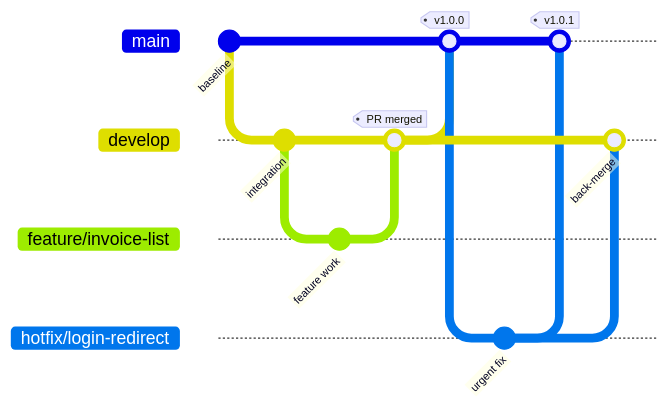
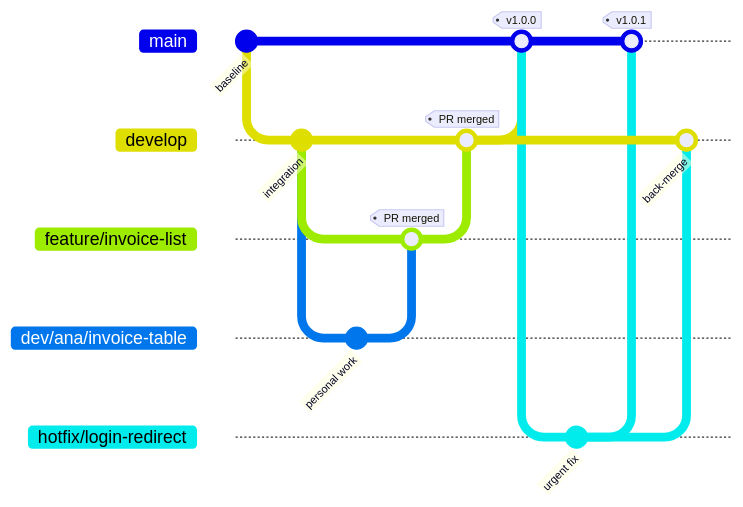
Before and after one commit to neerajnandwana-msft/powerpages-lab: the diagram in docs/reliable-alm/04-branching-and-protection.md, drawn with Mermaid. The commit also changed other lines of this file and 7 other files, not shown here.

````diff
--- a/docs/reliable-alm/04-branching-and-protection.md
+++ b/docs/reliable-alm/04-branching-and-protection.md
@@ -51,21 +56,25 @@
 ```mermaid
 gitGraph
     commit id: "baseline"
     branch develop
     checkout develop
     commit id: "integration"
     branch feature/invoice-list
     checkout feature/invoice-list
-    commit id: "feature work"
+    branch dev/ana/invoice-table
+    checkout dev/ana/invoice-table
+    commit id: "personal work"
+    checkout feature/invoice-list
+    merge dev/ana/invoice-table tag: "PR merged"
     checkout develop
     merge feature/invoice-list tag: "PR merged"
     checkout main
     merge develop tag: "v1.0.0"
     branch hotfix/login-redirect
     checkout hotfix/login-redirect
     commit id: "urgent fix"
     checkout main
     merge hotfix/login-redirect tag: "v1.0.1"
     checkout develop
     merge hotfix/login-redirect id: "back-merge"
 ```
````
